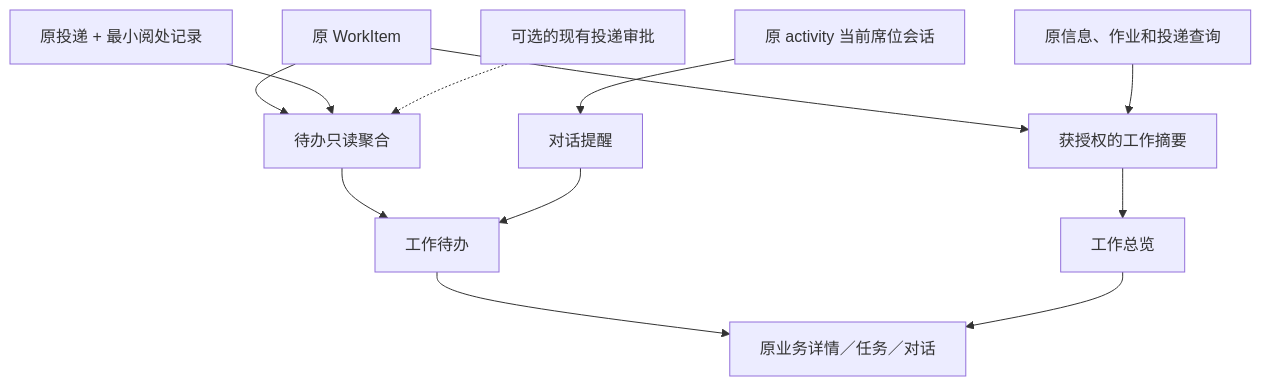
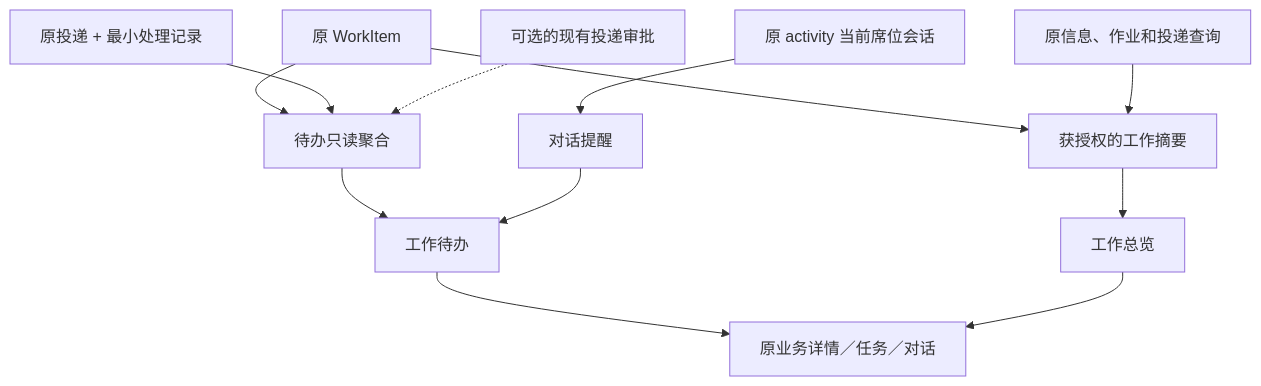
One commit to pulpcode/berserk changed the diagram in .trellis/tasks/10-09-work-inbox-overview/design.md. Above: the diagram before and after it, drawn with Mermaid. The commit also changed other lines of this file and 10 other files, not shown here.

````diff
--- a/.trellis/tasks/10-09-work-inbox-overview/design.md
+++ b/.trellis/tasks/10-09-work-inbox-overview/design.md
@@ -11,14 +11,14 @@
 ```mermaid
 flowchart TD
   W[原 WorkItem] --> Q[待办只读聚合]
-  I[原投递 + 最小阅处记录] --> Q
+  I[原投递 + 最小处理记录] --> Q
   R[可选的现有投递审批] -.-> Q
   Q --> V[工作待办]
   A[原 activity 当前席位会话] --> N[对话提醒]
   N --> V
   W --> O[获授权的工作摘要]
   J[原信息、作业和投递查询] --> O
   O --> P[工作总览]
   V --> D[原业务详情／任务／对话]
   P --> D
 ```
````
